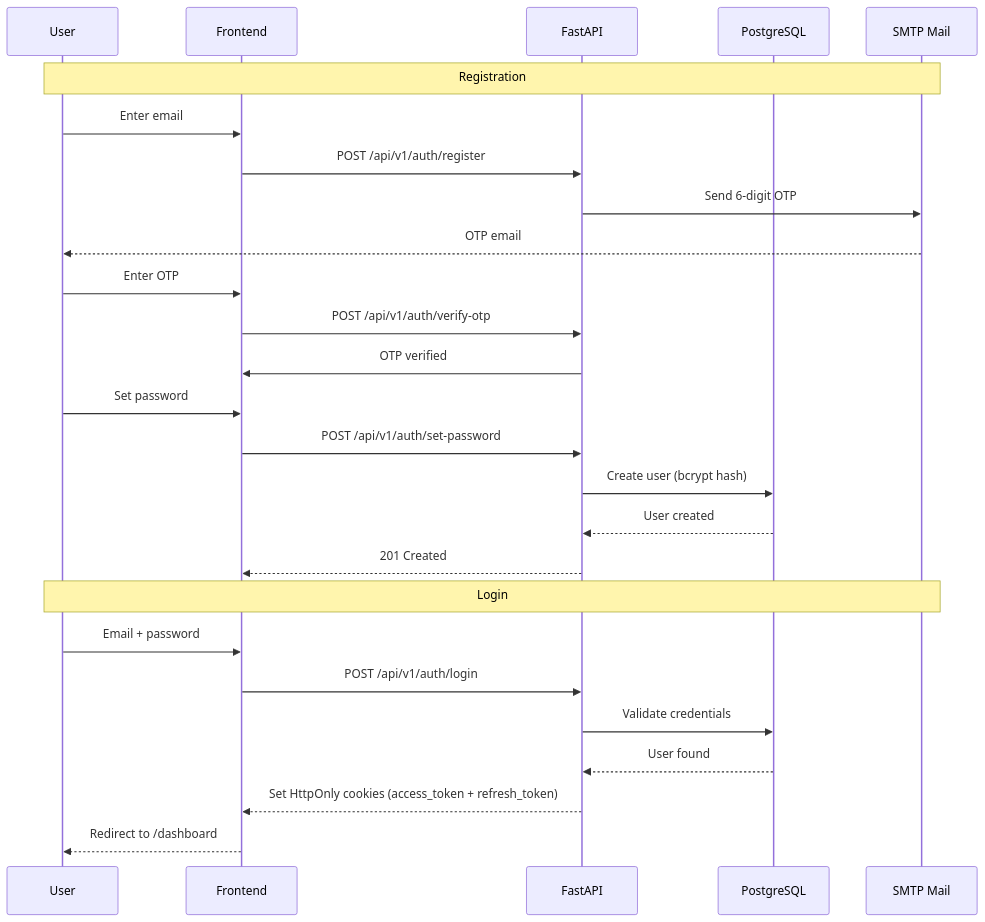
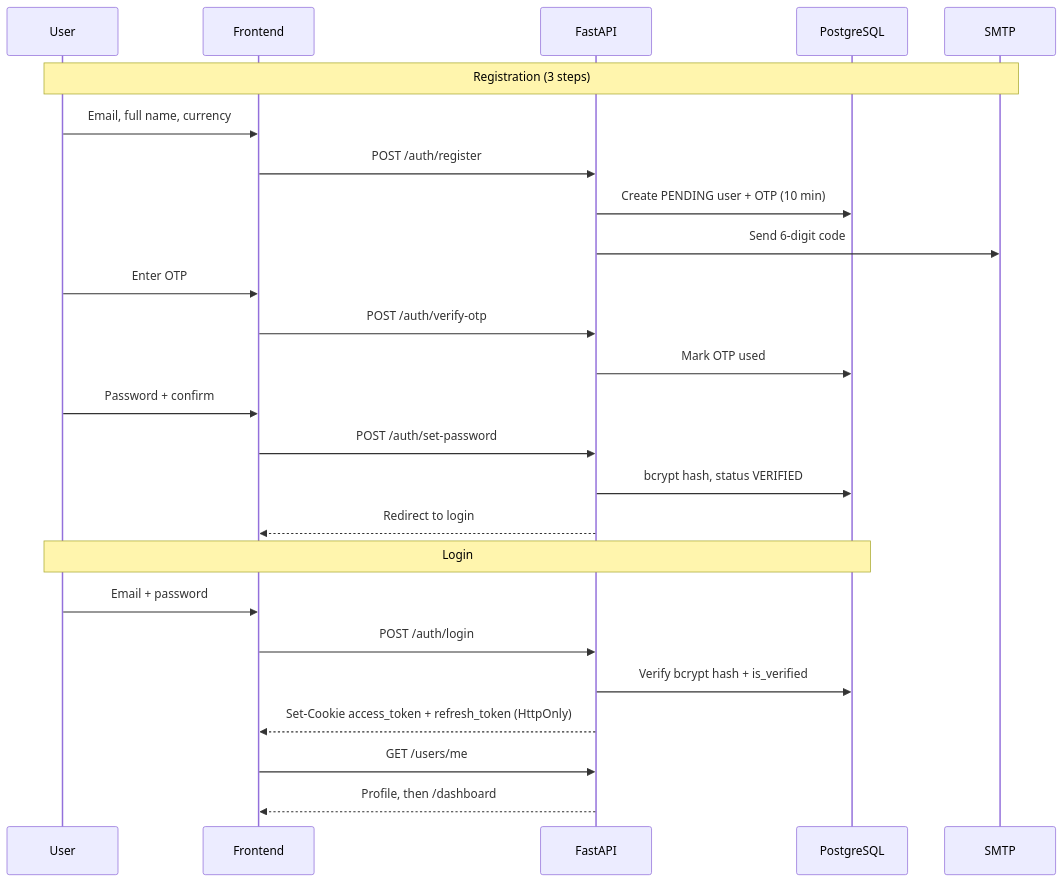
Before and after one commit to snsyaqirah/snsyaqirah.github.io: the sixth of 17 diagrams in portfolio-react/public/docs/planluhh.md, drawn with Mermaid. The commit also changed other lines of this file and 101 other files, not shown here.

````diff
--- a/portfolio-react/public/docs/planluhh.md
+++ b/portfolio-react/public/docs/planluhh.md
@@ -197,30 +214,29 @@
 ```mermaid
 sequenceDiagram
     participant U as User
     participant FE as Frontend
     participant API as FastAPI
     participant DB as PostgreSQL
-    participant ML as SMTP Mail
+    participant ML as SMTP
 
-    Note over U,ML: Registration
-    U->>FE: Enter email
-    FE->>API: POST /api/v1/auth/register
-    API->>ML: Send 6-digit OTP
-    ML-->>U: OTP email
+    Note over U,ML: Registration (3 steps)
+    U->>FE: Email, full name, currency
+    FE->>API: POST /auth/register
+    API->>DB: Create PENDING user + OTP (10 min)
+    API->>ML: Send 6-digit code
     U->>FE: Enter OTP
-    FE->>API: POST /api/v1/auth/verify-otp
-    API->>FE: OTP verified
-    U->>FE: Set password
-    FE->>API: POST /api/v1/auth/set-password
-    API->>DB: Create user (bcrypt hash)
-    DB-->>API: User created
-    API-->>FE: 201 Created
+    FE->>API: POST /auth/verify-otp
+    API->>DB: Mark OTP used
+    U->>FE: Password + confirm
+    FE->>API: POST /auth/set-password
+    API->>DB: bcrypt hash, status VERIFIED
+    API-->>FE: Redirect to login
 
-    Note over U,ML: Login
+    Note over U,DB: Login
     U->>FE: Email + password
-    FE->>API: POST /api/v1/auth/login
-    API->>DB: Validate credentials
-    DB-->>API: User found
-    API-->>FE: Set HttpOnly cookies (access_token + refresh_token)
-    FE-->>U: Redirect to /dashboard
+    FE->>API: POST /auth/login
+    API->>DB: Verify bcrypt hash + is_verified
+    API-->>FE: Set-Cookie access_token + refresh_token (HttpOnly)
+    FE->>API: GET /users/me
+    API-->>FE: Profile, then /dashboard
 ```
````
